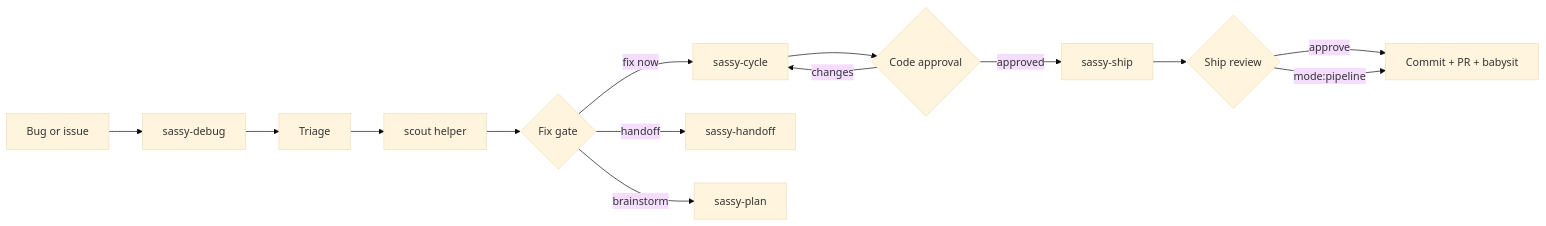
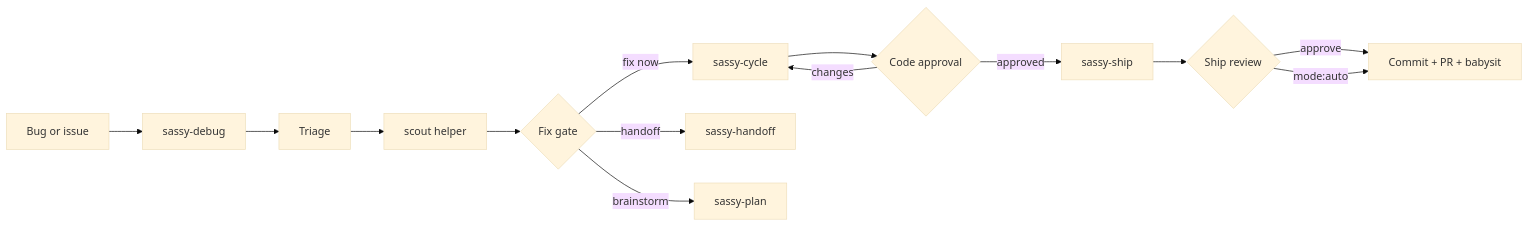
Before and after one commit to sassywares/sassy-skills: the second of 2 diagrams in README.md, drawn with Mermaid (base theme). The commit also changed other lines of this file and 9 other files, not shown here.

````diff
--- a/README.md
+++ b/README.md
@@ -131,16 +150,16 @@
 ```mermaid
 flowchart LR
   A[Bug or issue] --> B[sassy-debug]
   B --> C[Triage]
   C --> D[scout helper]
   D --> E{Fix gate}
   E -->|fix now| F[sassy-cycle]
   E -->|handoff| G[sassy-handoff]
   E -->|brainstorm| H[sassy-plan]
   F --> I{Code approval}
   I -->|changes| F
   I -->|approved| J[sassy-ship]
   J --> K{Ship review}
   K -->|approve| L[Commit + PR + babysit]
-  K -->|mode:pipeline| L
+  K -->|mode:auto| L
 ```
````
